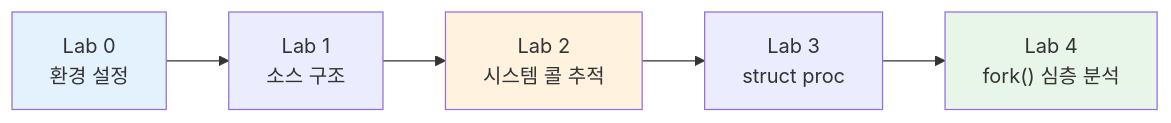
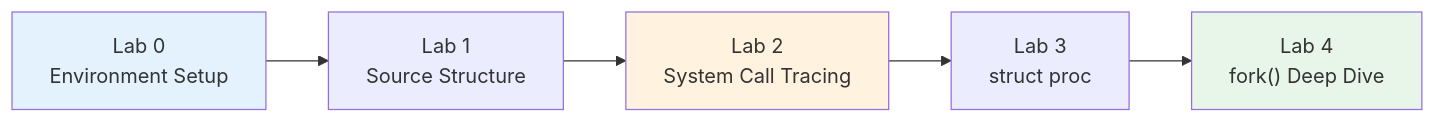
One commit to Choroning/26Spring_Operating-Systems changed the diagram in W03_Process-2/Concepts-Lab.md. Above: the diagram before and after it, drawn with Mermaid. The commit also changed other lines of this file and 22 other files, not shown here.

````diff
--- a/W03_Process-2/Concepts-Lab.md
+++ b/W03_Process-2/Concepts-Lab.md
@@ -33,10 +33,10 @@
 ```mermaid
 graph LR
-    L0["Lab 0<br/>환경 설정"] --> L1["Lab 1<br/>소스 구조"]
-    L1 --> L2["Lab 2<br/>시스템 콜 추적"]
+    L0["Lab 0<br/>Environment Setup"] --> L1["Lab 1<br/>Source Structure"]
+    L1 --> L2["Lab 2<br/>System Call Tracing"]
     L2 --> L3["Lab 3<br/>struct proc"]
-    L3 --> L4["Lab 4<br/>fork() 심층 분석"]
+    L3 --> L4["Lab 4<br/>fork() Deep Dive"]
     style L0 fill:#e3f2fd
     style L2 fill:#fff3e0
     style L4 fill:#e8f5e9
 ```
````
